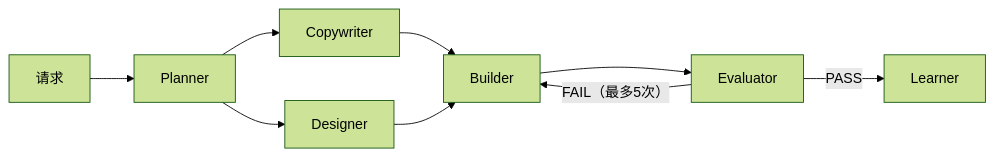
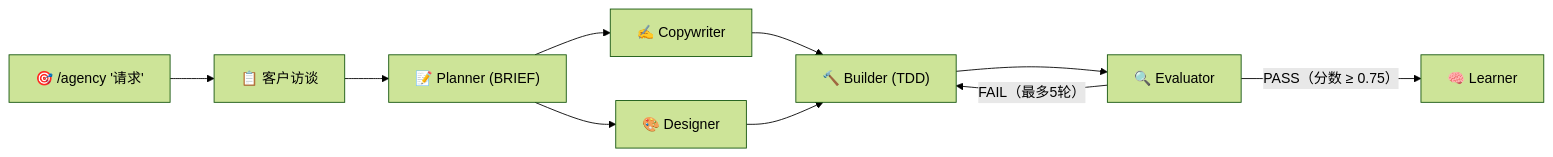
Before and after one commit to modu-ai/moai-adk: the seventh of 7 diagrams in README.zh.md, drawn with Mermaid (forest theme). The commit also changed other lines of this file and 3 other files, not shown here.

First line of the commit message:
docs(readme): Agency v3.2 상세 문서화 - 자율 워크플로우 + GAN Loop + 브랜드 컨텍스트 (4개 언어)

````diff
--- a/README.zh.md
+++ b/README.zh.md
@@ -881,11 +899,12 @@
 ```mermaid
 flowchart LR
-    REQ[请求] --> P[Planner]
-    P --> C[Copywriter]
-    P --> D[Designer]
-    C --> B[Builder]
+    REQ["🎯 /agency '请求'"] --> INT["📋 客户访谈"]
+    INT --> P["📝 Planner (BRIEF)"]
+    P --> C["✍️ Copywriter"]
+    P --> D["🎨 Designer"]
+    C --> B["🔨 Builder (TDD)"]
     D --> B
-    B --> E[Evaluator]
-    E -->|"FAIL（最多5次）"| B
-    E -->|PASS| L[Learner]
+    B --> E["🔍 Evaluator"]
+    E -->|"FAIL（最多5轮）"| B
+    E -->|"PASS（分数 ≥ 0.75）"| L["🧠 Learner"]
 ```
````
